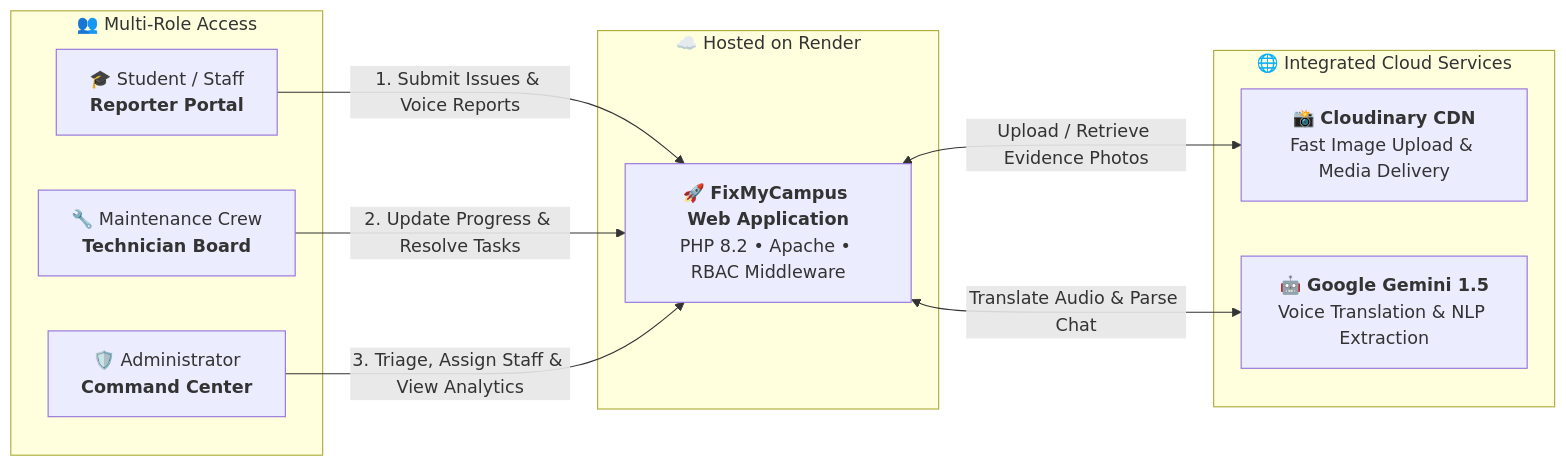
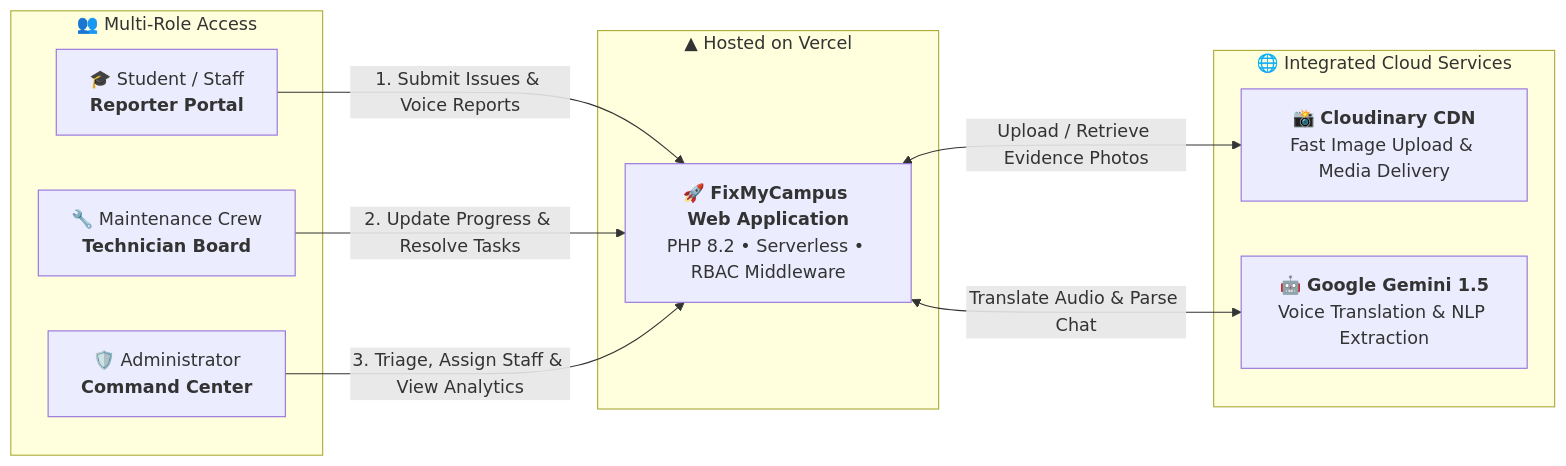
One commit to Krisbtw/campusissuetracker changed the second of 2 diagrams in README.md. Above: the diagram before and after it, drawn with Mermaid. The commit also changed other lines of this file and 3 other files, not shown here.

Commit message:
Migrate deployment to Vercel, remove Render config, and fix BASE_URL routing

````diff
--- a/README.md
+++ b/README.md
@@ -90,24 +90,24 @@
 ```mermaid
 flowchart LR
     subgraph Users ["👥 Multi-Role Access"]
         U1["🎓 Student / Staff<br><b>Reporter Portal</b>"]
         U2["🔧 Maintenance Crew<br><b>Technician Board</b>"]
         U3["🛡️ Administrator<br><b>Command Center</b>"]
     end
 
-    subgraph RenderPlatform ["☁️ Hosted on Render"]
-        App["🚀 <b>FixMyCampus Web Application</b><br>PHP 8.2 • Apache • RBAC Middleware"]
+    subgraph VercelPlatform ["▲ Hosted on Vercel"]
+        App["🚀 <b>FixMyCampus Web Application</b><br>PHP 8.2 • Serverless • RBAC Middleware"]
     end
 
     subgraph CloudServices ["🌐 Integrated Cloud Services"]
         CDN["📸 <b>Cloudinary CDN</b><br>Fast Image Upload & Media Delivery"]
         AI["🤖 <b>Google Gemini 1.5</b><br>Voice Translation & NLP Extraction"]
     end
 
     U1 -->|"1. Submit Issues & Voice Reports"| App
     U2 -->|"2. Update Progress & Resolve Tasks"| App
     U3 -->|"3. Triage, Assign Staff & View Analytics"| App
     
     App <-->|"Upload / Retrieve Evidence Photos"| CDN
     App <-->|"Translate Audio & Parse Chat"| AI
 ```
````
